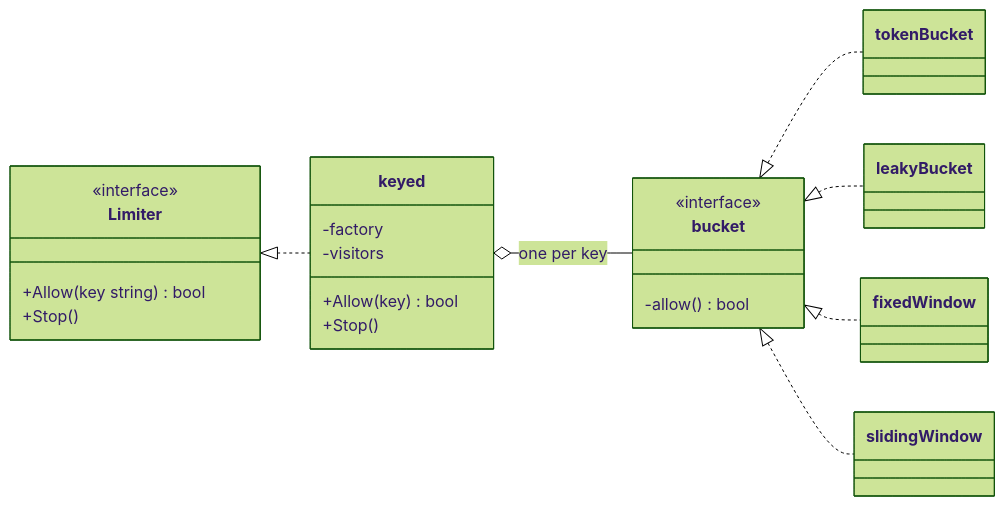
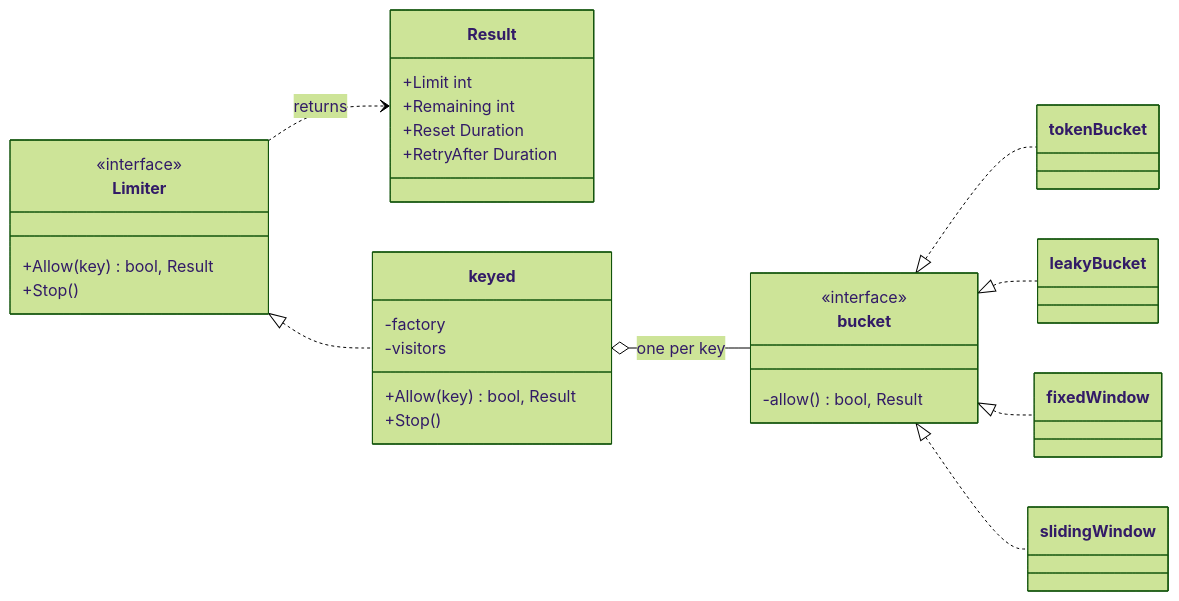
One commit to mohabnazmy/API-Gateway changed diagram 11 of 16 in docs/architecture.md. Above: the diagram before and after it, drawn with Mermaid (forest theme). The commit also changed other lines of this file, not shown here.

First line of the commit message:
docs(architecture): document rate-limit consumption headers

````diff
--- a/docs/architecture.md
+++ b/docs/architecture.md
@@ -354,30 +354,37 @@
 ```mermaid
 classDiagram
     direction LR
     class Limiter {
         <<interface>>
-        +Allow(key string) bool
+        +Allow(key) bool, Result
         +Stop()
+    }
+    class Result {
+        +Limit int
+        +Remaining int
+        +Reset Duration
+        +RetryAfter Duration
     }
     class keyed {
         -factory
         -visitors
-        +Allow(key) bool
+        +Allow(key) bool, Result
         +Stop()
     }
     class bucket {
         <<interface>>
-        -allow() bool
+        -allow() bool, Result
     }
     class tokenBucket
     class leakyBucket
     class fixedWindow
     class slidingWindow
 
     Limiter <|.. keyed
+    Limiter ..> Result : returns
     keyed o-- bucket : one per key
     bucket <|.. tokenBucket
     bucket <|.. leakyBucket
     bucket <|.. fixedWindow
     bucket <|.. slidingWindow
 ```
````
